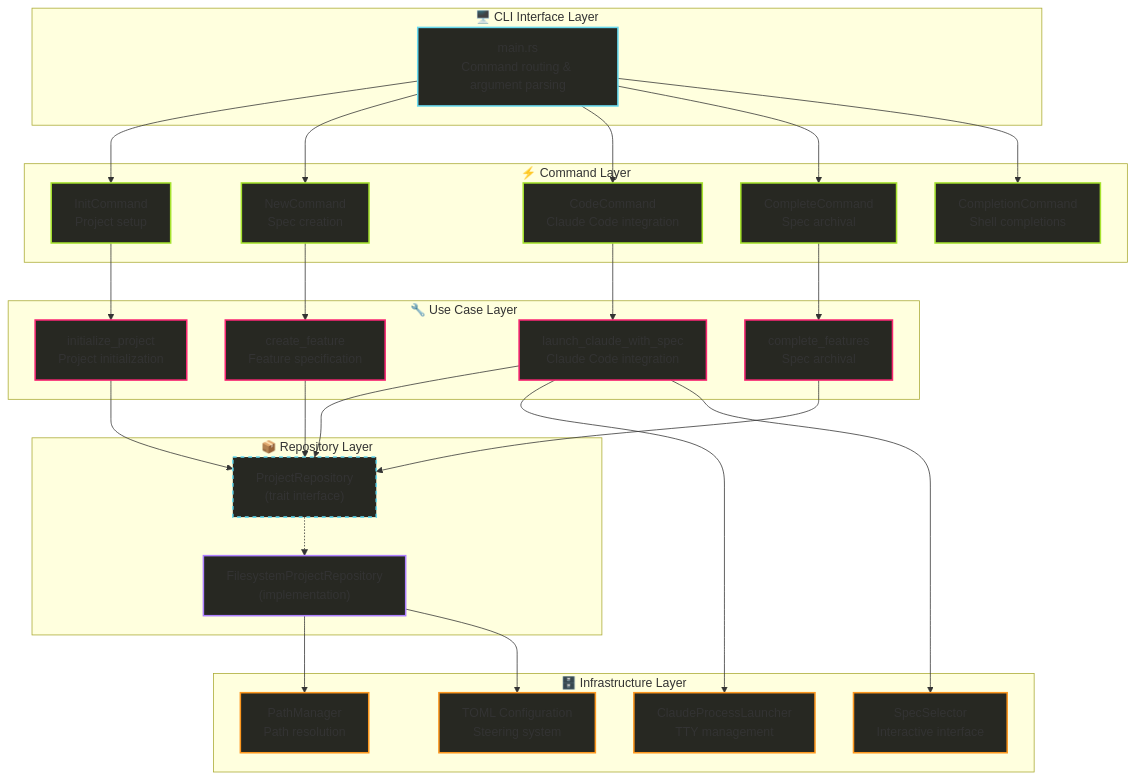
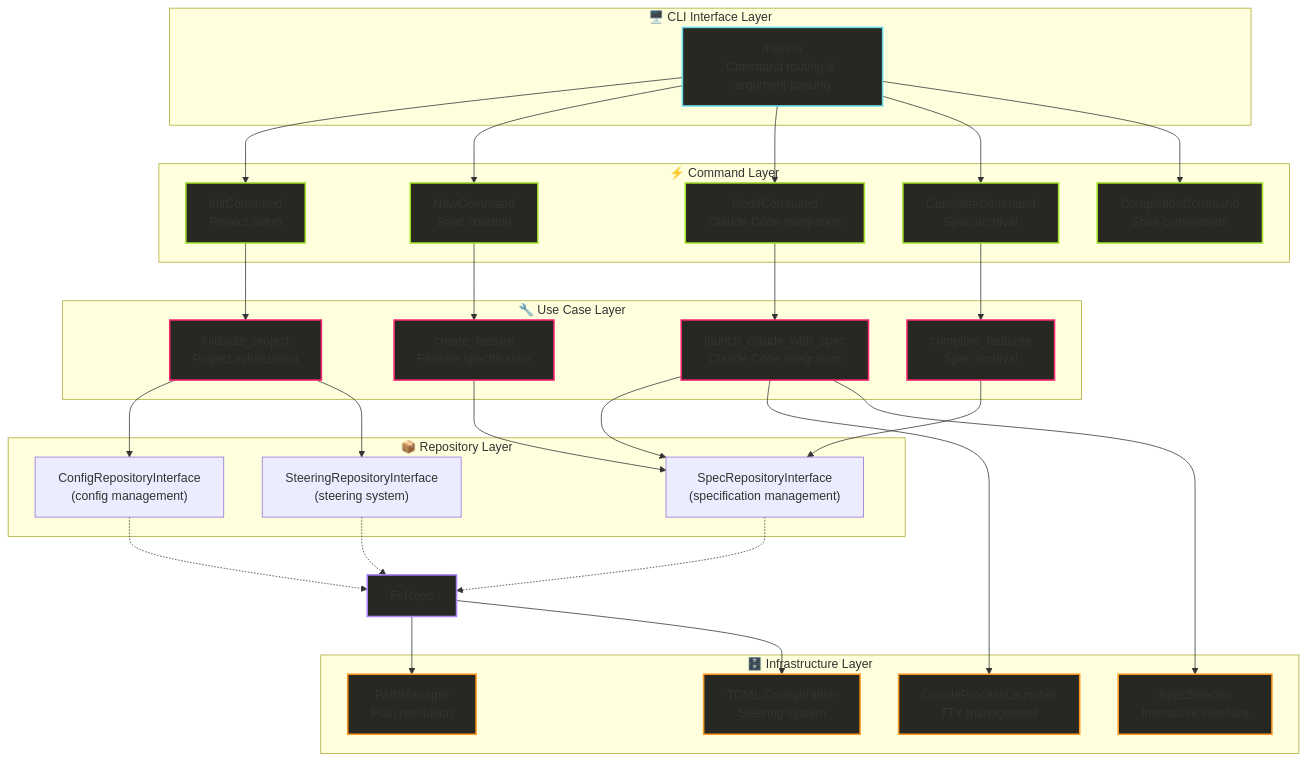
One commit to ashigirl96/hail-mary changed the diagram in .kiro/steering/structure.md. Above: the diagram before and after it, drawn with Mermaid. The commit also changed other lines of this file and 3 other files, not shown here.

First line of the commit message:
docs(steering): update project knowledge base with current architecture

```diff
--- a/.kiro/steering/structure.md
+++ b/.kiro/steering/structure.md
@@ -52,8 +52,9 @@
     end
     
     subgraph REPO ["📦 Repository Layer"]
-        ProjectRepo["ProjectRepository<br/>(trait interface)"]
-        FsRepo["FilesystemProjectRepository<br/>(implementation)"]
+        ConfigRepo["ConfigRepositoryInterface<br/>(config management)"]
+        SpecRepo["SpecRepositoryInterface<br/>(specification management)"]
+        SteeringRepo["SteeringRepositoryInterface<br/>(steering system)"]
     end
     
     subgraph INFRA ["🗄️ Infrastructure Layer"]
@@ -74,12 +75,15 @@
     Code --> LaunchUC
     Complete --> CompleteUC
     
-    InitUC --> ProjectRepo
-    CreateUC --> ProjectRepo
-    LaunchUC --> ProjectRepo
-    CompleteUC --> ProjectRepo
+    InitUC --> ConfigRepo
+    InitUC --> SteeringRepo
+    CreateUC --> SpecRepo
+    LaunchUC --> SpecRepo
+    CompleteUC --> SpecRepo
     
-    ProjectRepo -.-> FsRepo
+    ConfigRepo -.-> FsRepo
+    SpecRepo -.-> FsRepo
+    SteeringRepo -.-> FsRepo
     
     FsRepo --> PathMgr
     FsRepo --> Config
```
